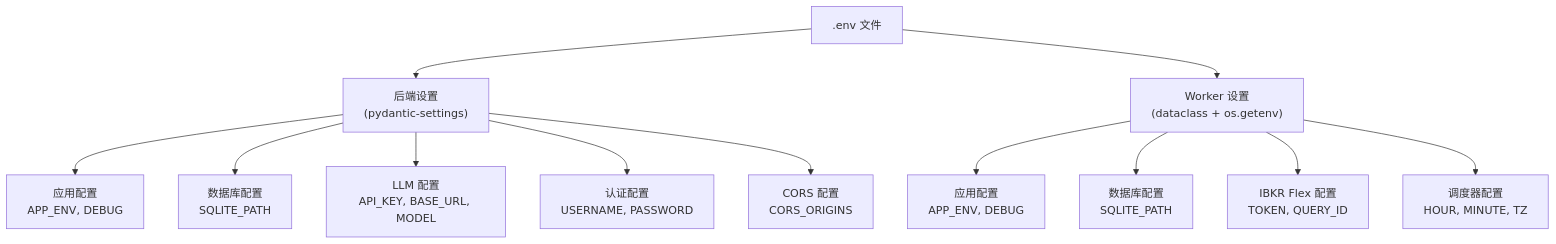
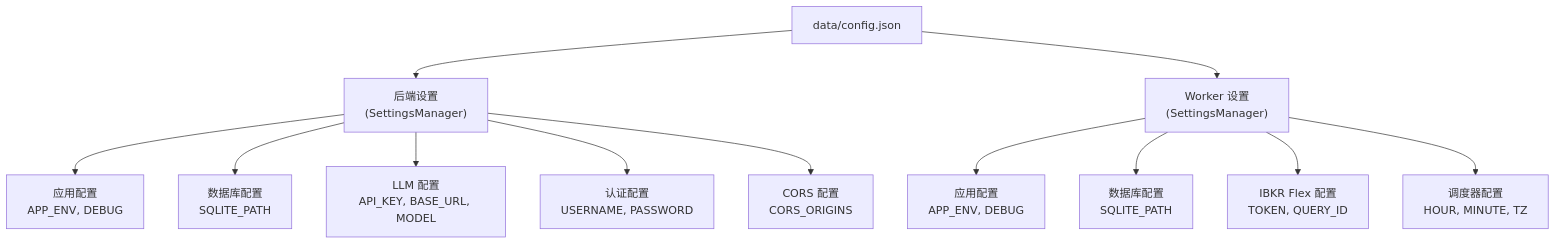
Before and after one commit to XUranus/ibkr-dash: the fifth of 5 diagrams in docs/i18n/zh-CN/docusaurus-plugin-content-docs/current/architecture/tech-stack.md, drawn with Mermaid. The commit also changed other lines of this file and 152 other files, not shown here.

First line of the commit message:
chore: remove .env system, migrate docs to JSON config

````diff
--- a/docs/i18n/zh-CN/docusaurus-plugin-content-docs/current/architecture/tech-stack.md
+++ b/docs/i18n/zh-CN/docusaurus-plugin-content-docs/current/architecture/tech-stack.md
@@ -746,16 +746,16 @@
 ```mermaid
 flowchart TD
-    EnvFile[".env 文件"] --> BackendSettings["后端设置<br/>(pydantic-settings)"]
-    EnvFile --> WorkerSettings["Worker 设置<br/>(dataclass + os.getenv)"]
+    ConfigFile["data/config.json"] --> BackendSettings["后端设置<br/>(SettingsManager)"]
+    ConfigFile --> WorkerSettings["Worker 设置<br/>(SettingsManager)"]
 
     BackendSettings --> AppConfig["应用配置<br/>APP_ENV, DEBUG"]
     BackendSettings --> DBConfig["数据库配置<br/>SQLITE_PATH"]
     BackendSettings --> LLMConfig["LLM 配置<br/>API_KEY, BASE_URL, MODEL"]
     BackendSettings --> AuthConfig["认证配置<br/>USERNAME, PASSWORD"]
     BackendSettings --> CORSConfig["CORS 配置<br/>CORS_ORIGINS"]
 
     WorkerSettings --> WorkerAppConfig["应用配置<br/>APP_ENV, DEBUG"]
     WorkerSettings --> WorkerDBConfig["数据库配置<br/>SQLITE_PATH"]
     WorkerSettings --> FlexConfig["IBKR Flex 配置<br/>TOKEN, QUERY_ID"]
     WorkerSettings --> SchedConfig["调度器配置<br/>HOUR, MINUTE, TZ"]
 ```
````
